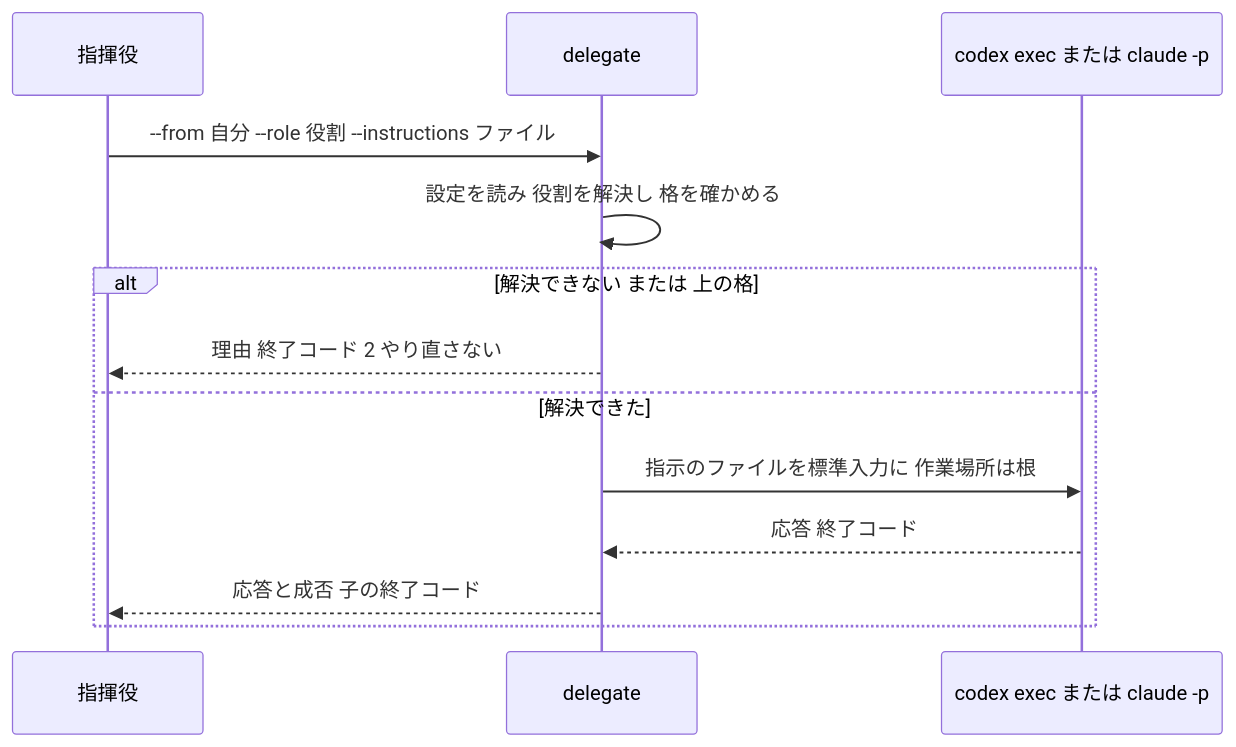
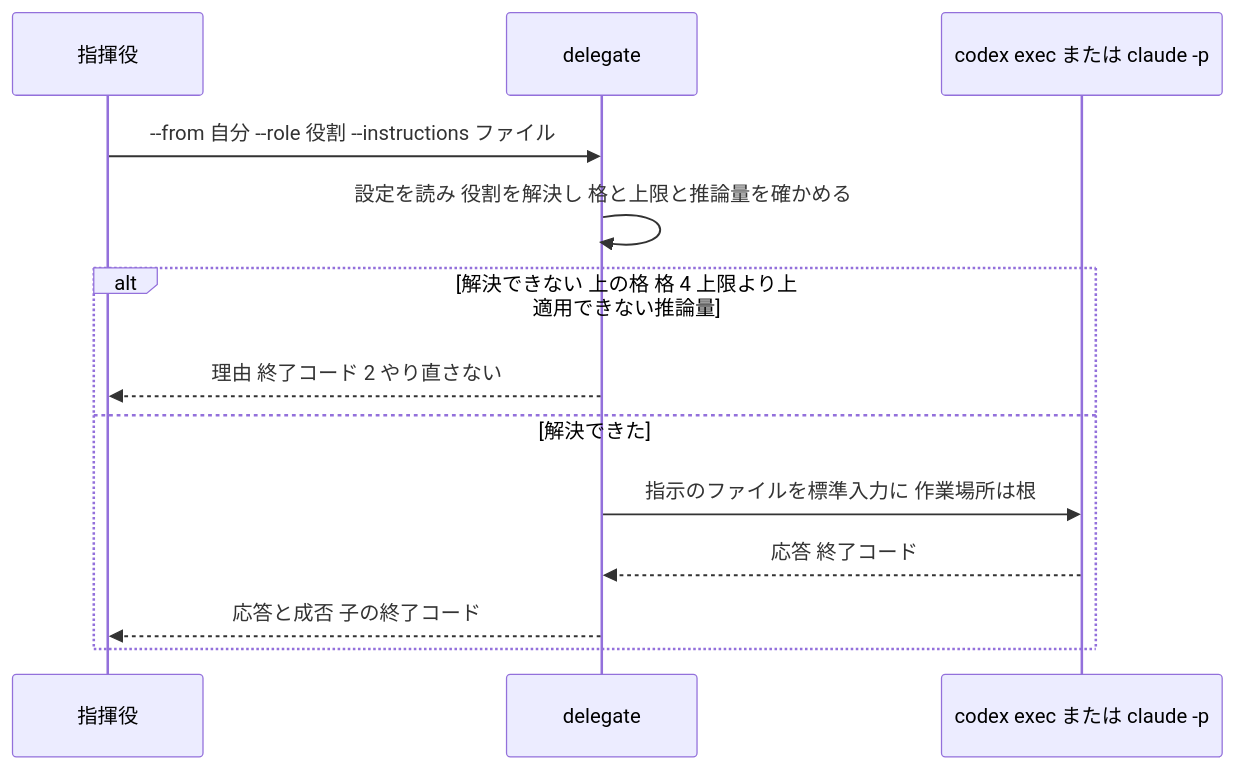
Before and after one commit to nekono-dev/cc-sdd-bootstrap: the fourth of 4 diagrams in .kiro/specs/subagent-delegation/design.md, drawn with Mermaid. The commit also changed other lines of this file and 2 other files, not shown here.

````diff
--- a/.kiro/specs/subagent-delegation/design.md
+++ b/.kiro/specs/subagent-delegation/design.md
@@ -117,15 +173,15 @@
 ```mermaid
 sequenceDiagram
     participant Orch as 指揮役
     participant Del as delegate
     participant Cli as codex exec または claude -p
     Orch->>Del: --from 自分 --role 役割 --instructions ファイル
-    Del->>Del: 設定を読み 役割を解決し 格を確かめる
-    alt 解決できない または 上の格
+    Del->>Del: 設定を読み 役割を解決し 格と上限と推論量を確かめる
+    alt 解決できない 上の格 格 4 上限より上 適用できない推論量
         Del-->>Orch: 理由 終了コード 2 やり直さない
     else 解決できた
         Del->>Cli: 指示のファイルを標準入力に 作業場所は根
         Cli-->>Del: 応答 終了コード
         Del-->>Orch: 応答と成否 子の終了コード
     end
 ```
````
